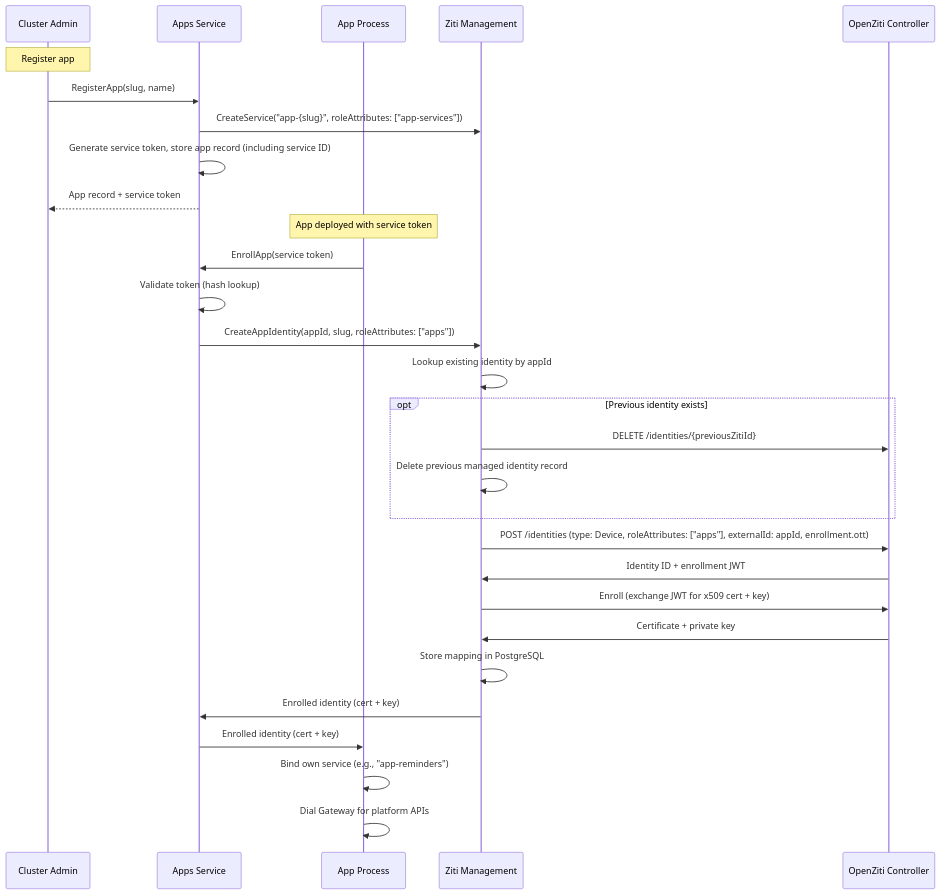
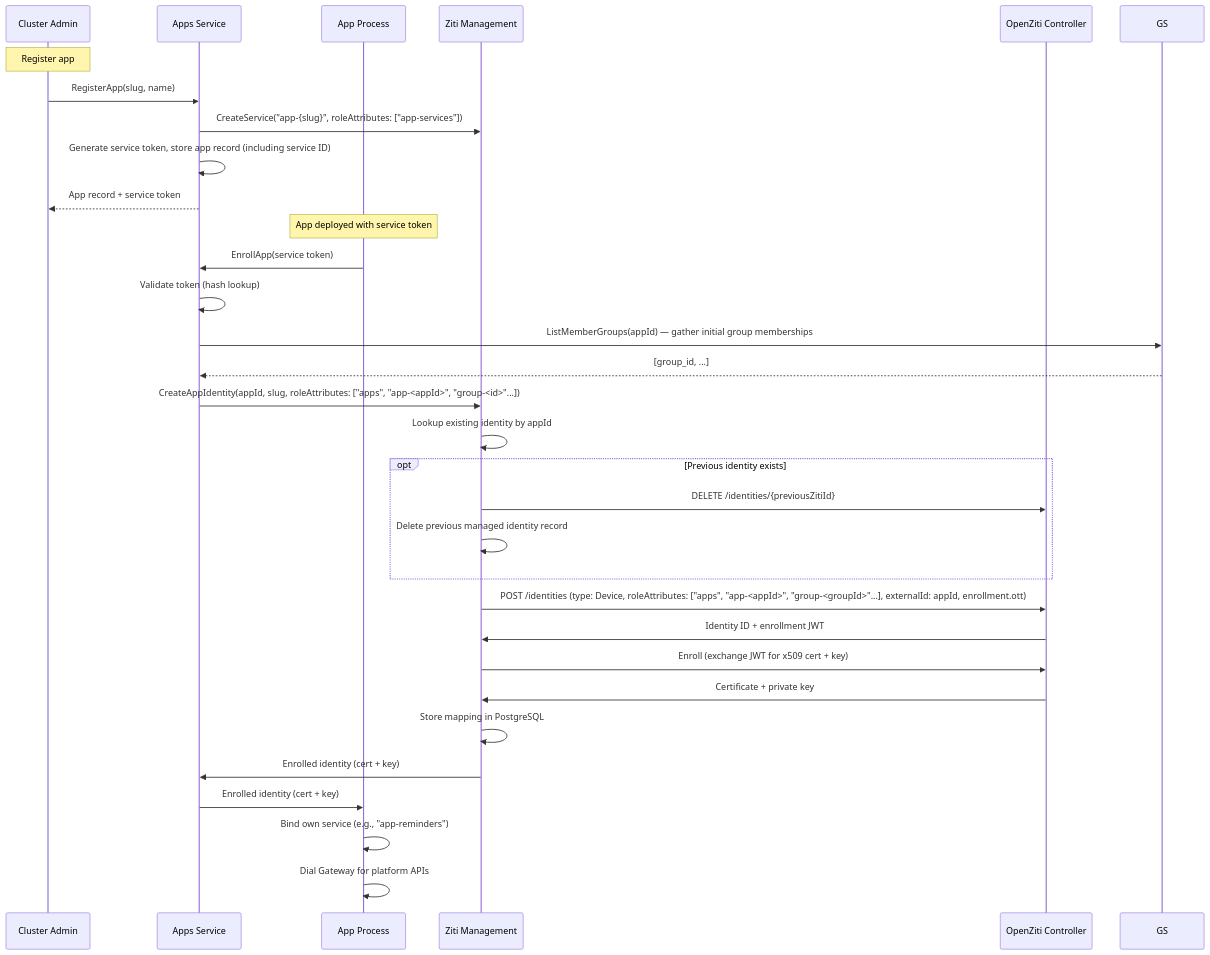
The fifth of 6 diagrams in architecture/openziti.md (agynio/architecture), drawn with Mermaid before and after one commit. The commit also changed other lines of this file and 6 other files, not shown here.

````diff
--- a/architecture/openziti.md
+++ b/architecture/openziti.md
@@ -497,33 +497,35 @@
 ```mermaid
 sequenceDiagram
     participant Admin as Cluster Admin
     participant AS as Apps Service
     participant App as App Process
     participant ZM as Ziti Management
     participant ZC as OpenZiti Controller
 
     Note over Admin: Register app
     Admin->>AS: RegisterApp(slug, name)
     AS->>ZM: CreateService("app-{slug}", roleAttributes: ["app-services"])
     AS->>AS: Generate service token, store app record (including service ID)
     AS-->>Admin: App record + service token
 
     Note over App: App deployed with service token
     App->>AS: EnrollApp(service token)
     AS->>AS: Validate token (hash lookup)
-    AS->>ZM: CreateAppIdentity(appId, slug, roleAttributes: ["apps"])
+    AS->>GS: ListMemberGroups(appId) — gather initial group memberships
+    GS-->>AS: [group_id, ...]
+    AS->>ZM: CreateAppIdentity(appId, slug, roleAttributes: ["apps", "app-<appId>", "group-<id>"...])
     ZM->>ZM: Lookup existing identity by appId
     opt Previous identity exists
         ZM->>ZC: DELETE /identities/{previousZitiId}
         ZM->>ZM: Delete previous managed identity record
     end
-    ZM->>ZC: POST /identities (type: Device, roleAttributes: ["apps"], externalId: appId, enrollment.ott)
+    ZM->>ZC: POST /identities (type: Device, roleAttributes: ["apps", "app-<appId>", "group-<groupId>"...], externalId: appId, enrollment.ott)
     ZC->>ZM: Identity ID + enrollment JWT
     ZM->>ZC: Enroll (exchange JWT for x509 cert + key)
     ZC->>ZM: Certificate + private key
     ZM->>ZM: Store mapping in PostgreSQL
     ZM->>AS: Enrolled identity (cert + key)
     AS->>App: Enrolled identity (cert + key)
     App->>App: Bind own service (e.g., "app-reminders")
     App->>App: Dial Gateway for platform APIs
 ```
````
